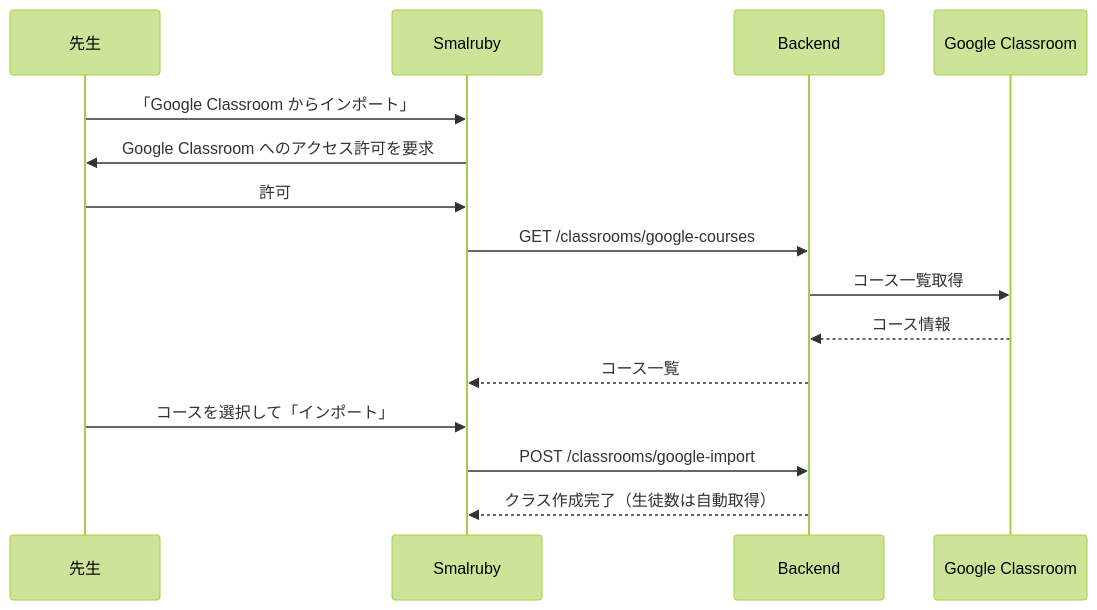
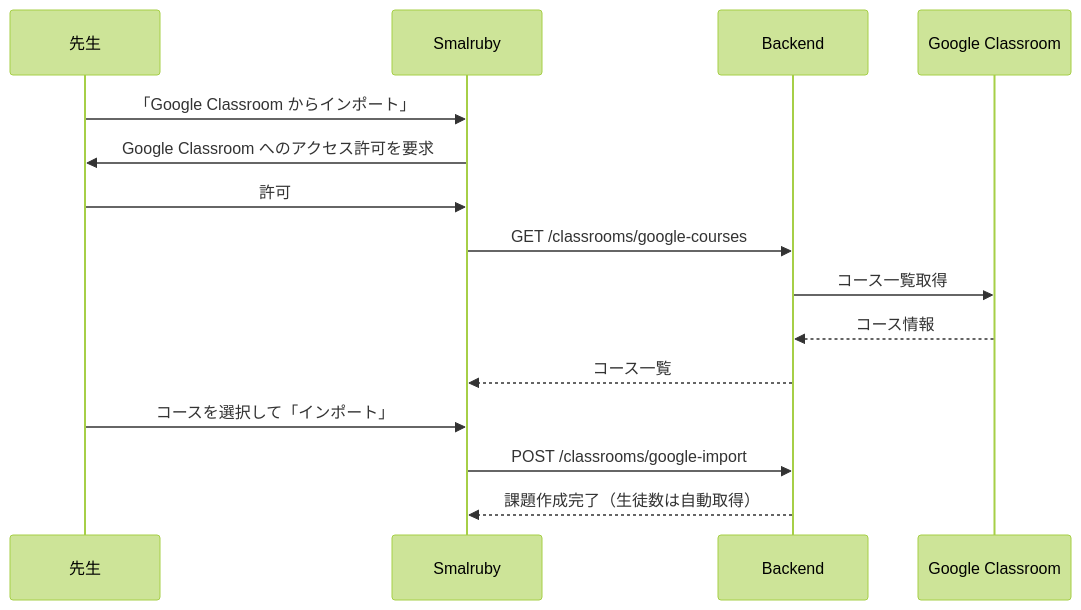
One commit to smalruby/smalruby3-editor changed the second of 7 diagrams in docs/classroom/user-stories.md. Above: the diagram before and after it, drawn with Mermaid (forest theme). The commit also changed other lines of this file, not shown here.

````diff
--- a/docs/classroom/user-stories.md
+++ b/docs/classroom/user-stories.md
@@ -54,18 +54,18 @@
 ```mermaid
 sequenceDiagram
     participant T as 先生
     participant UI as Smalruby
     participant API as Backend
     participant GC as Google Classroom
 
     T->>UI: 「Google Classroom からインポート」
     UI->>T: Google Classroom へのアクセス許可を要求
     T->>UI: 許可
     UI->>API: GET /classrooms/google-courses
     API->>GC: コース一覧取得
     GC-->>API: コース情報
     API-->>UI: コース一覧
     T->>UI: コースを選択して「インポート」
     UI->>API: POST /classrooms/google-import
-    API-->>UI: クラス作成完了（生徒数は自動取得）
+    API-->>UI: 課題作成完了（生徒数は自動取得）
 ```
````
